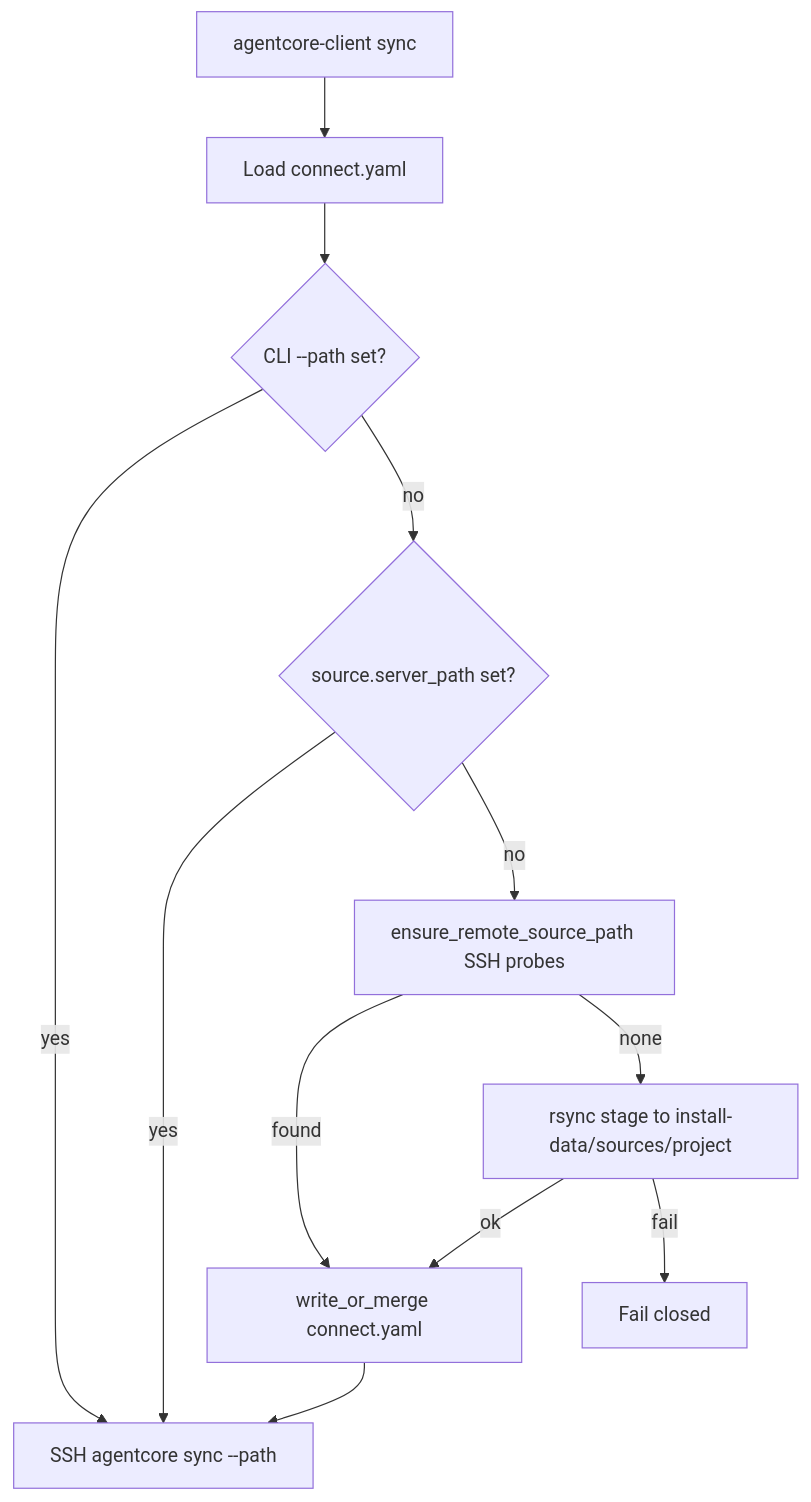
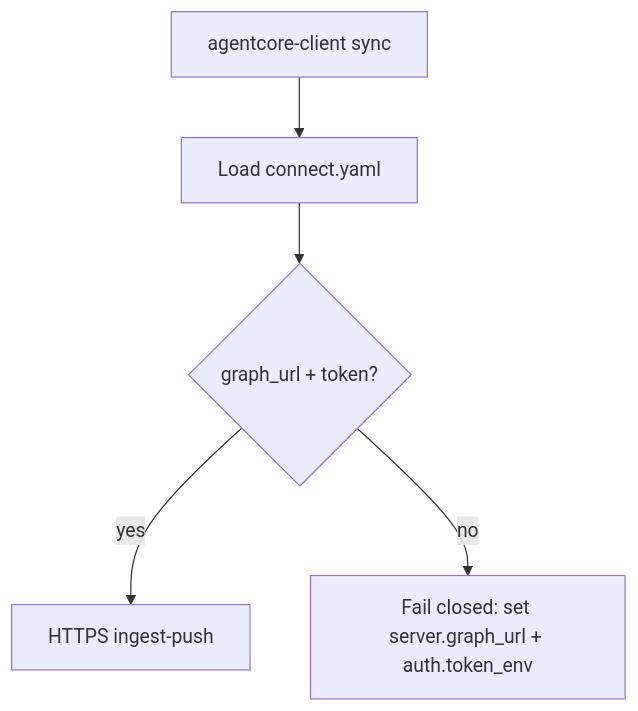
One commit to Mohammad-Mirasadollahi/AgentCore changed the first of 2 diagrams in docs/08-software-engineering-architecture/41-one-command-cross-platform-agent-onboarding-continued.md. Above: the diagram before and after it, drawn with Mermaid. The commit also changed other lines of this file and 104 other files, not shown here.

````diff
--- a/docs/08-software-engineering-architecture/41-one-command-cross-platform-agent-onboarding-continued.md
+++ b/docs/08-software-engineering-architecture/41-one-command-cross-platform-agent-onboarding-continued.md
@@ -103,14 +108,7 @@
 ```mermaid
 flowchart TD
   syncCmd[agentcore-client sync] --> loadYaml[Load connect.yaml]
-  loadYaml --> hasCli{CLI --path set?}
-  hasCli -->|yes| sshSync[SSH agentcore sync --path]
-  hasCli -->|no| hasSrc{source.server_path set?}
-  hasSrc -->|yes| sshSync
-  hasSrc -->|no| discover[ensure_remote_source_path SSH probes]
-  discover -->|found| persist[write_or_merge connect.yaml]
-  persist --> sshSync
-  discover -->|none| stage[rsync stage to install-data/sources/project]
-  stage -->|ok| persist
-  stage -->|fail| failClosed[Fail closed]
+  loadYaml --> httpReady{graph_url + token?}
+  httpReady -->|yes| httpPush[HTTPS ingest-push]
+  httpReady -->|no| fail[Fail closed: set server.graph_url + auth.token_env]
 ```
````
